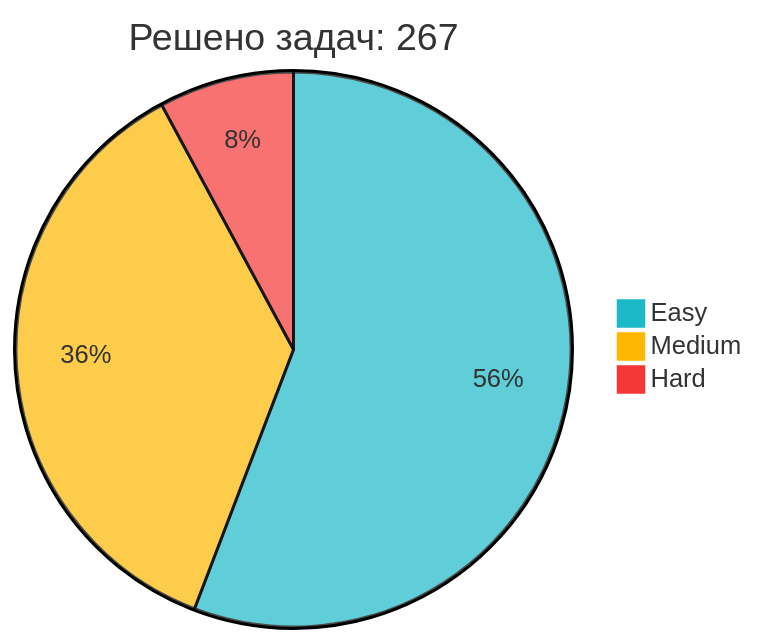
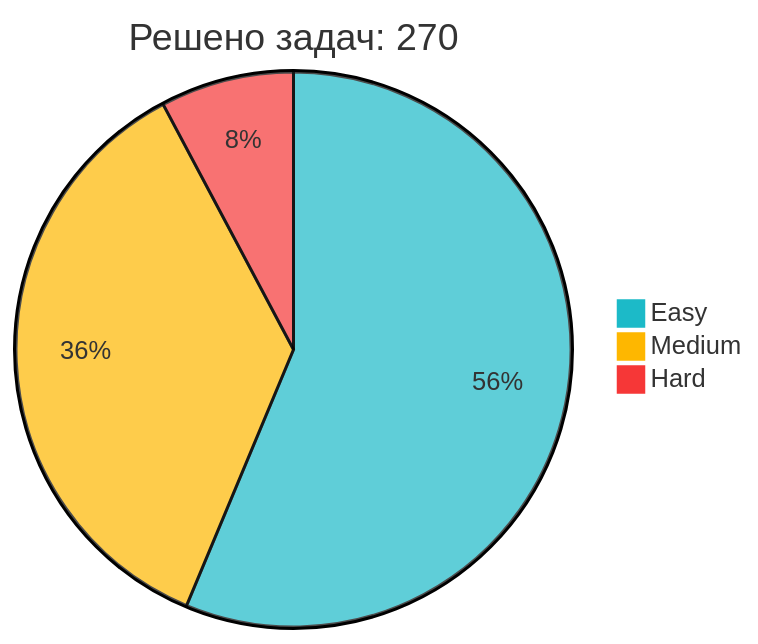
The diagram in README.md (IliaKurdukov/IliaKurdukov), drawn with Mermaid before and after one commit. The commit also changed other lines of this file, not shown here.

Commit message:
📈 Обновление статистики LeetCode

````diff
--- a/README.md
+++ b/README.md
@@ -51,7 +51,7 @@
 ```mermaid
 %%{init: {'theme': 'base', 'themeVariables': { 'pie1': '#1CBAC8', 'pie2': '#FEB700', 'pie3': '#F63737' }, 'config': {'width': 300, 'height': 200}}}%%
-pie title Решено задач: 267
-   "Easy" : 149
+pie title Решено задач: 270
+   "Easy" : 152
    "Medium" : 97
    "Hard" : 21
 ```
````
